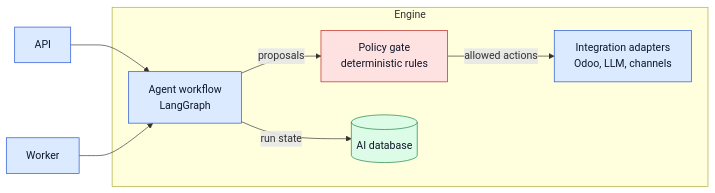
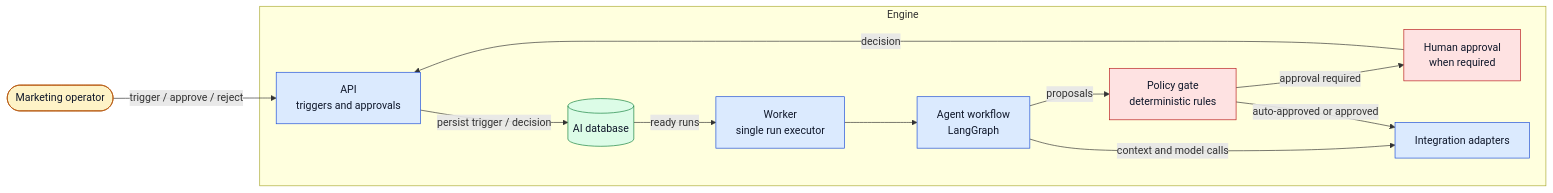
The third of 3 diagrams in docs/architecture/system-overview.md (aymanaboghonim/odoo-agentic-retention-engine), drawn with Mermaid before and after one commit. The commit also changed other lines of this file and 4 other files, not shown here.

````diff
--- a/docs/architecture/system-overview.md
+++ b/docs/architecture/system-overview.md
@@ -63,25 +72,34 @@
 ```mermaid
 flowchart LR
-    api["API"]
-    worker["Worker"]
+    operator(["Marketing operator"])
 
     subgraph engine["Engine"]
+        api["API<br/>triggers and approvals"]
+        state[("AI database")]
+        worker["Worker<br/>single run executor"]
         workflow["Agent workflow<br/>LangGraph"]
         policy["Policy gate<br/>deterministic rules"]
-        adapters["Integration adapters<br/>Odoo, LLM, channels"]
-        state[("AI database")]
+        approval["Human approval<br/>when required"]
+        adapters["Integration adapters"]
     end
 
-    api --> workflow
+    operator -- "trigger / approve / reject" --> api
+    api -- "persist trigger / decision" --> state
+    state -- "ready runs" --> worker
     worker --> workflow
+    workflow -- "context and model calls" --> adapters
     workflow -- "proposals" --> policy
-    policy -- "allowed actions" --> adapters
-    workflow -- "run state" --> state
+    policy -- "approval required" --> approval
+    approval -- "decision" --> api
+    policy -- "auto-approved or approved" --> adapters
 
     classDef app fill:#dbeafe,stroke:#1d4ed8,color:#0f172a
     classDef safety fill:#fee2e2,stroke:#b91c1c,color:#0f172a
     classDef data fill:#dcfce7,stroke:#15803d,color:#0f172a
+    classDef person fill:#fef3c7,stroke:#b45309,color:#0f172a
     class api,worker,workflow,adapters app
     class policy safety
+    class approval safety
     class state data
+    class operator person
 ```
````
